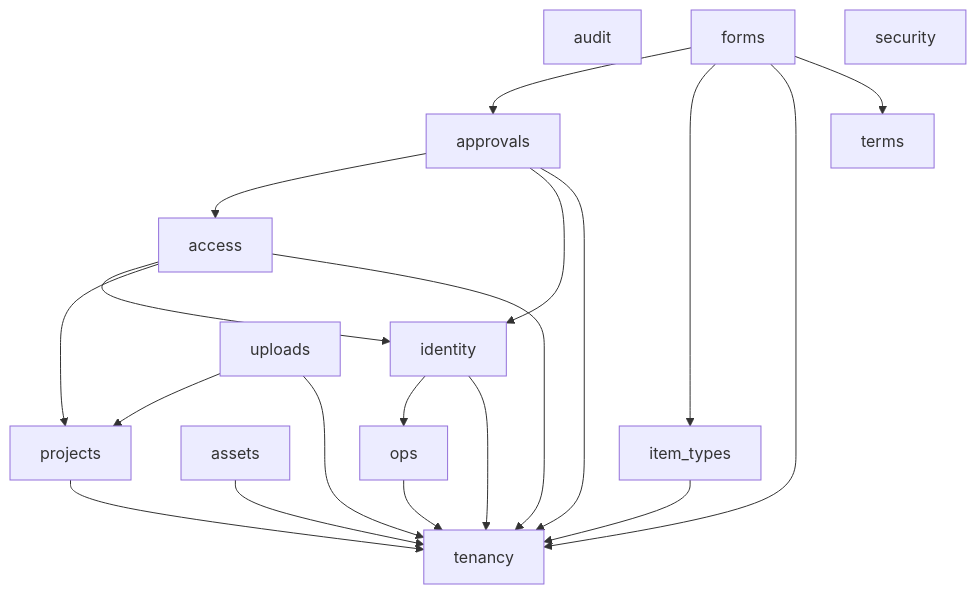
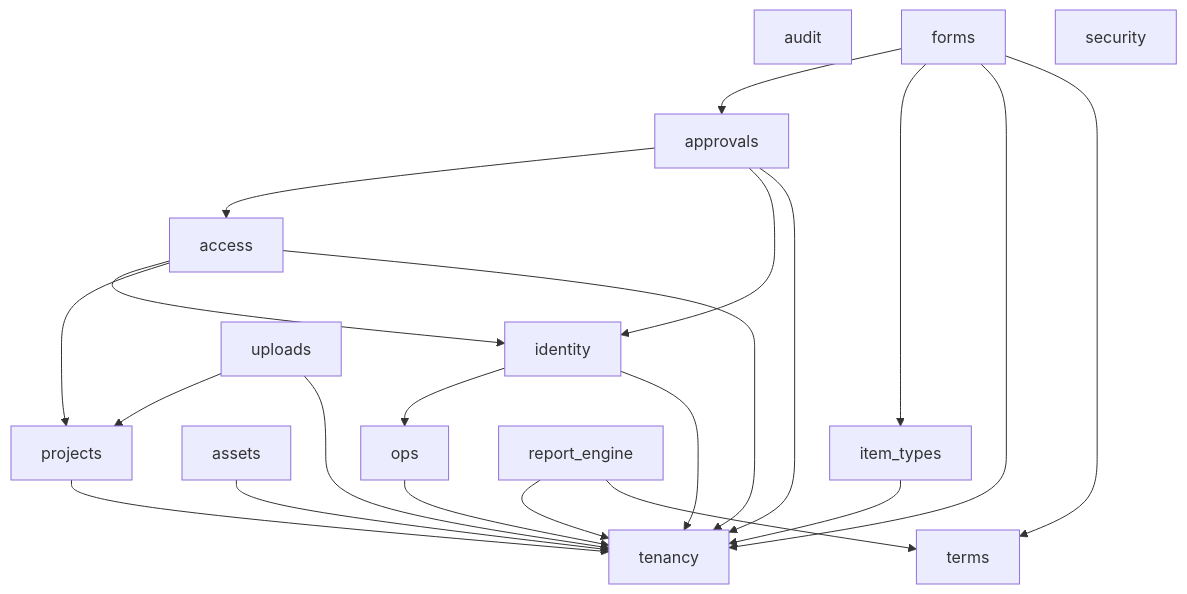
One commit to kingdonk-ops/Project-AIP changed the diagram in docs/architecture/module-map.md. Above: the diagram before and after it, drawn with Mermaid. The commit also changed other lines of this file and 103 other files, not shown here.

````diff
--- a/docs/architecture/module-map.md
+++ b/docs/architecture/module-map.md
@@ -28,25 +29,27 @@
 ```mermaid
 graph TD
     access --> identity
     access --> projects
     access --> tenancy
     approvals --> access
     approvals --> identity
     approvals --> tenancy
     assets --> tenancy
     audit
     forms --> approvals
     forms --> item_types
     forms --> tenancy
     forms --> terms
     identity --> ops
     identity --> tenancy
     item_types --> tenancy
     ops --> tenancy
     projects --> tenancy
+    report_engine --> tenancy
+    report_engine --> terms
     security
     tenancy
     terms
     uploads --> projects
     uploads --> tenancy
 ```
````
